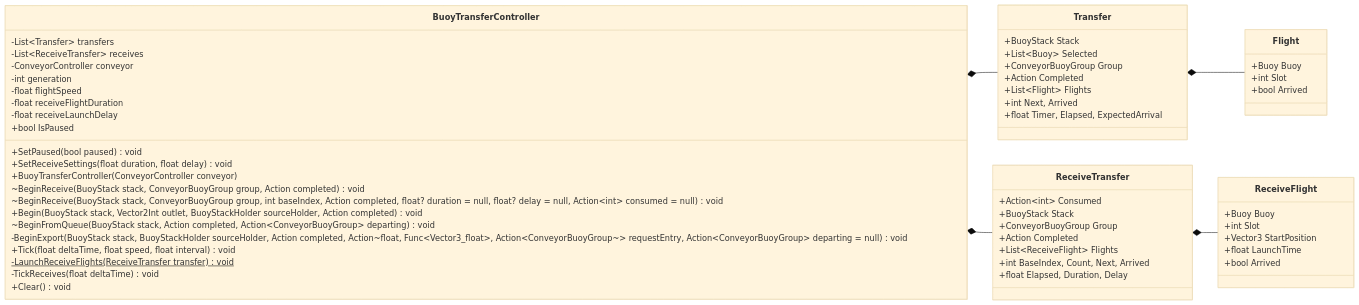
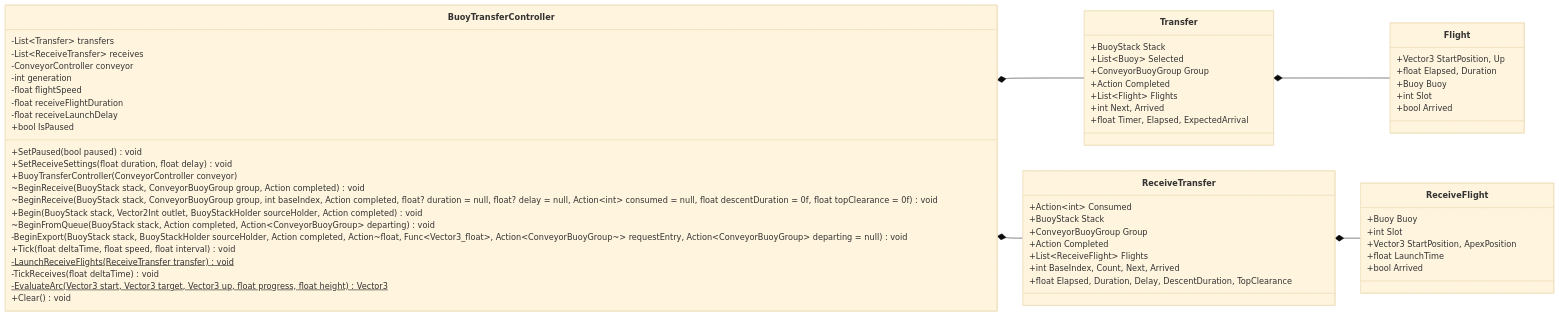
One commit to nchuoi2443/WaterConveyorSort changed the sixth of 8 diagrams in Docs/ClassDiagram.md. Above: the diagram before and after it, drawn with Mermaid (base theme). The commit also changed other lines of this file and 70 other files, not shown here.

````diff
--- a/Docs/ClassDiagram.md
+++ b/Docs/ClassDiagram.md
@@ -1119,60 +1227,63 @@
 ```mermaid
 classDiagram
 direction LR
 class BuoyTransferController {
     -List~Transfer~ transfers
     -List~ReceiveTransfer~ receives
     -ConveyorController conveyor
     -int generation
     -float flightSpeed
     -float receiveFlightDuration
     -float receiveLaunchDelay
     +bool IsPaused
     +SetPaused(bool paused) void
     +SetReceiveSettings(float duration, float delay) void
     +BuoyTransferController(ConveyorController conveyor)
     ~BeginReceive(BuoyStack stack, ConveyorBuoyGroup group, Action completed) void
-    ~BeginReceive(BuoyStack stack, ConveyorBuoyGroup group, int baseIndex, Action completed, float? duration = null, float? delay = null, Action~int~ consumed = null) void
+    ~BeginReceive(BuoyStack stack, ConveyorBuoyGroup group, int baseIndex, Action completed, float? duration = null, float? delay = null, Action~int~ consumed = null, float descentDuration = 0f, float topClearance = 0f) void
     +Begin(BuoyStack stack, Vector2Int outlet, BuoyStackHolder sourceHolder, Action completed) void
     ~BeginFromQueue(BuoyStack stack, Action completed, Action~ConveyorBuoyGroup~ departing) void
     -BeginExport(BuoyStack stack, BuoyStackHolder sourceHolder, Action completed, Action~float, Func~Vector3_float~, Action~ConveyorBuoyGroup~~ requestEntry, Action~ConveyorBuoyGroup~ departing = null) void
     +Tick(float deltaTime, float speed, float interval) void
     -LaunchReceiveFlights(ReceiveTransfer transfer) void$
     -TickReceives(float deltaTime) void
+    -EvaluateArc(Vector3 start, Vector3 target, Vector3 up, float progress, float height) Vector3$
     +Clear() void
 }
 class Transfer {
     +BuoyStack Stack
     +List~Buoy~ Selected
     +ConveyorBuoyGroup Group
     +Action Completed
     +List~Flight~ Flights
     +int Next, Arrived
     +float Timer, Elapsed, ExpectedArrival
 }
 class ReceiveTransfer {
     +Action~int~ Consumed
     +BuoyStack Stack
     +ConveyorBuoyGroup Group
     +Action Completed
     +List~ReceiveFlight~ Flights
     +int BaseIndex, Count, Next, Arrived
-    +float Elapsed, Duration, Delay
+    +float Elapsed, Duration, Delay, DescentDuration, TopClearance
 }
 class ReceiveFlight {
     +Buoy Buoy
     +int Slot
-    +Vector3 StartPosition
+    +Vector3 StartPosition, ApexPosition
     +float LaunchTime
     +bool Arrived
 }
 class Flight {
+    +Vector3 StartPosition, Up
+    +float Elapsed, Duration
     +Buoy Buoy
     +int Slot
     +bool Arrived
 }
 BuoyTransferController *-- Transfer
 BuoyTransferController *-- ReceiveTransfer
 Transfer *-- Flight
 ReceiveTransfer *-- ReceiveFlight
 ```
````
